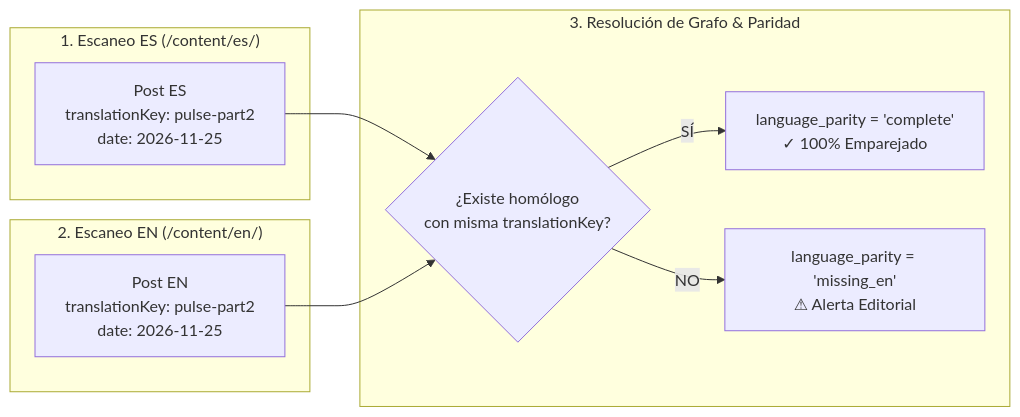
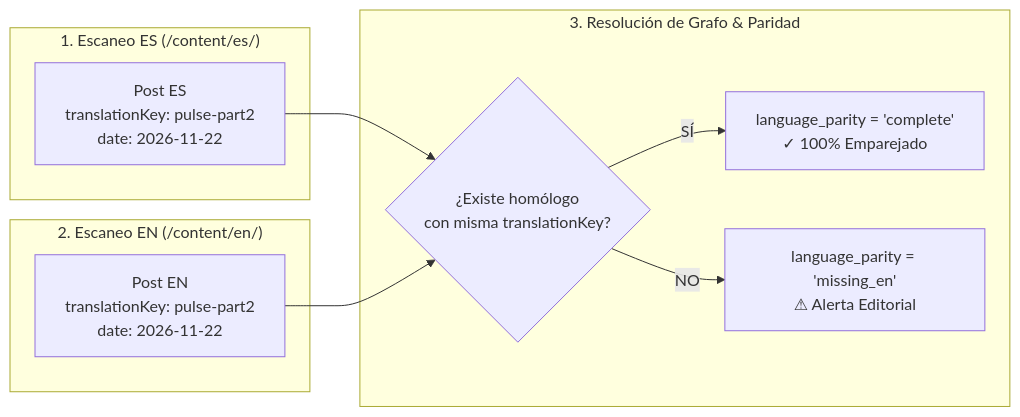
One commit to Dalaez/datalaria-website changed the second of 2 diagrams in content/es/posts/pulse-parte2-indexador-pydantic-paridad-ci/index.md. Above: the diagram before and after it, drawn with Mermaid. The commit also changed other lines of this file and 123 other files, not shown here.

```diff
--- a/content/es/posts/pulse-parte2-indexador-pydantic-paridad-ci/index.md
+++ b/content/es/posts/pulse-parte2-indexador-pydantic-paridad-ci/index.md
@@ -194,21 +194,21 @@
 {{< mermaid >}}
 flowchart LR
     subgraph ES ["1. Escaneo ES (/content/es/)"]
-        P_ES["Post ES\ntranslationKey: pulse-part2\ndate: 2026-11-25"]
+        P_ES["Post ES\ntranslationKey: pulse-part2\ndate: 2026-11-22"]
     end
 
     subgraph EN ["2. Escaneo EN (/content/en/)"]
-        P_EN["Post EN\ntranslationKey: pulse-part2\ndate: 2026-11-25"]
+        P_EN["Post EN\ntranslationKey: pulse-part2\ndate: 2026-11-22"]
     end
 
     subgraph GRAPH ["3. Resolución de Grafo & Paridad"]
         MATCH{"¿Existe homólogo\ncon misma translationKey?"}
         STATUS_OK["language_parity = 'complete'\n✓ 100% Emparejado"]
         STATUS_ERR["language_parity = 'missing_en'\n⚠ Alerta Editorial"]
     end
 
     P_ES --> MATCH
     P_EN --> MATCH
     MATCH -- SÍ --> STATUS_OK
     MATCH -- NO --> STATUS_ERR
 {{< /mermaid >}}
```
